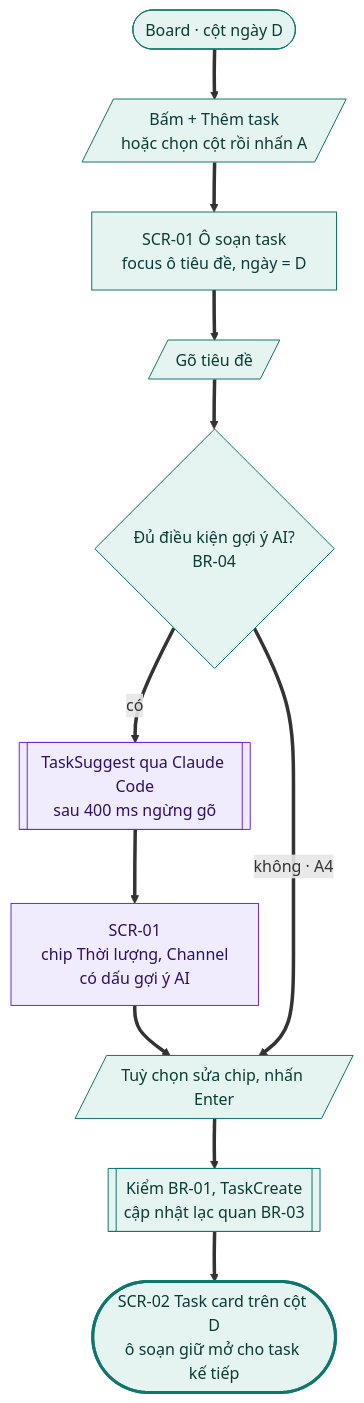
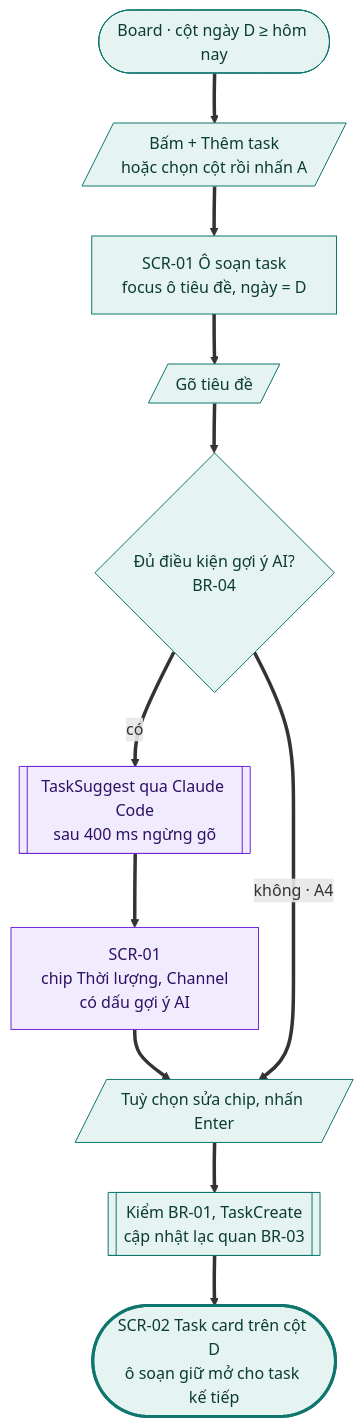
The first of 15 diagrams in docs/design-brief/flow/g02-quan-ly-task.md (tannguyenho/personal-app), drawn with Mermaid before and after one commit. The commit also changed other lines of this file and 5 other files, not shown here.

First line of the commit message:
docs: đưa IA-05, IA-15, IA-17, IA-19, IA-20 vào use case và flow

````diff
--- a/docs/design-brief/flow/g02-quan-ly-task.md
+++ b/docs/design-brief/flow/g02-quan-ly-task.md
@@ -25,31 +25,31 @@
 ```mermaid
 flowchart TD
-  start(["Board · cột ngày D"])
+  start(["Board · cột ngày D ≥ hôm nay"])
   u1[/"Bấm + Thêm task<br/>hoặc chọn cột rồi nhấn A"/]
   s1["SCR-01 Ô soạn task<br/>focus ô tiêu đề, ngày = D"]
   u2[/"Gõ tiêu đề"/]
   d1{"Đủ điều kiện gợi ý AI?<br/>BR-04"}
   p1[["TaskSuggest qua Claude Code<br/>sau 400 ms ngừng gõ"]]
   s2["SCR-01<br/>chip Thời lượng, Channel<br/>có dấu gợi ý AI"]
   u3[/"Tuỳ chọn sửa chip, nhấn Enter"/]
   p2[["Kiểm BR-01, TaskCreate<br/>cập nhật lạc quan BR-03"]]
   ok(["SCR-02 Task card trên cột D<br/>ô soạn giữ mở cho task kế tiếp"])
 
   start ==> u1 ==> s1 ==> u2 ==> d1
   d1 ==>|"có"| p1 ==> s2 ==> u3
   d1 ==>|"không · A4"| u3
   u3 ==> p2 ==> ok
 
   class start,u1,s1,u2,d1,u3,p2 happy
   class p1,s2 ai
   class ok done
   classDef happy fill:#E6F4F1,stroke:#0F766E,color:#0B3B36
   classDef alt fill:#F1F3F5,stroke:#6B7280,color:#1F2937
   classDef err fill:#FDECEC,stroke:#B42318,color:#5C1010
   classDef warn fill:#FEF4E2,stroke:#B45309,color:#4A2604
   classDef ai fill:#F1ECFD,stroke:#6D28D9,color:#2E1065
   classDef sync fill:#FFFFFF,stroke:#6B7280,stroke-dasharray:4 3,color:#1F2937
   classDef link fill:#FFFFFF,stroke:#0F766E,stroke-dasharray:4 3,color:#0B3B36
   classDef done fill:#E6F4F1,stroke:#0F766E,stroke-width:3px,color:#0B3B36
   classDef fail fill:#FDECEC,stroke:#B42318,stroke-width:3px,color:#5C1010
 ```
````
